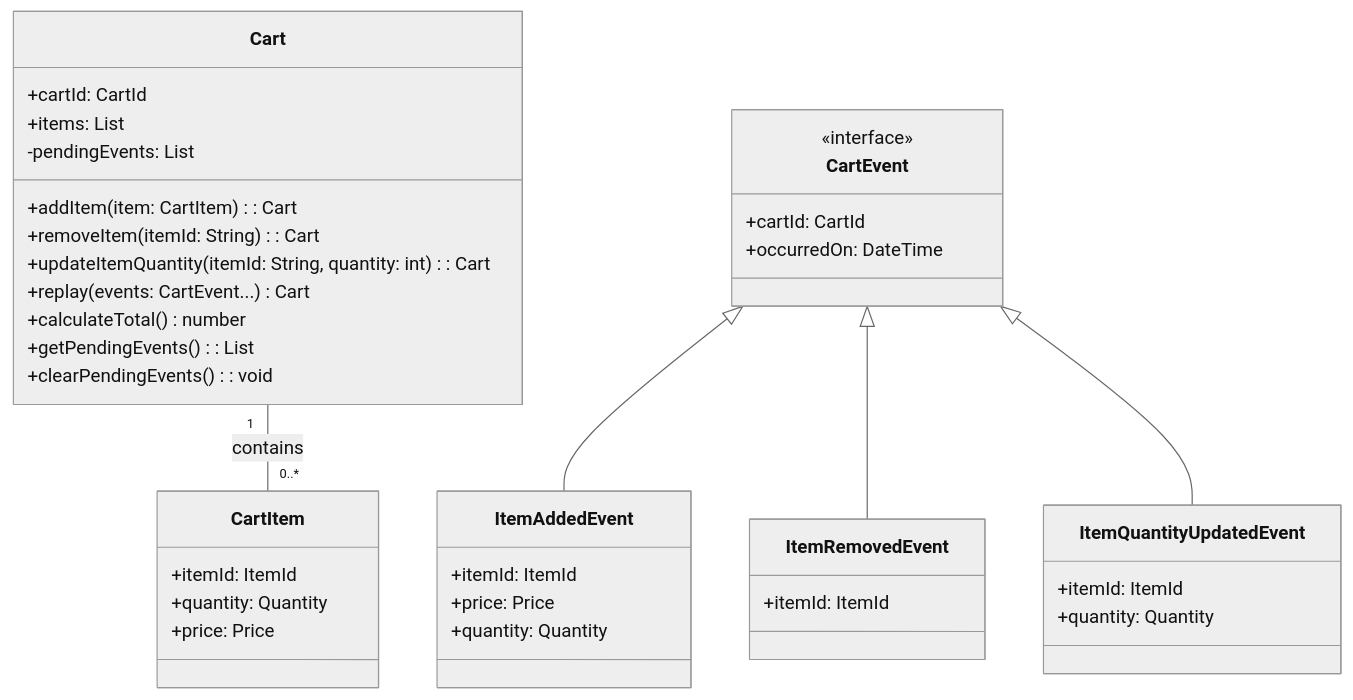
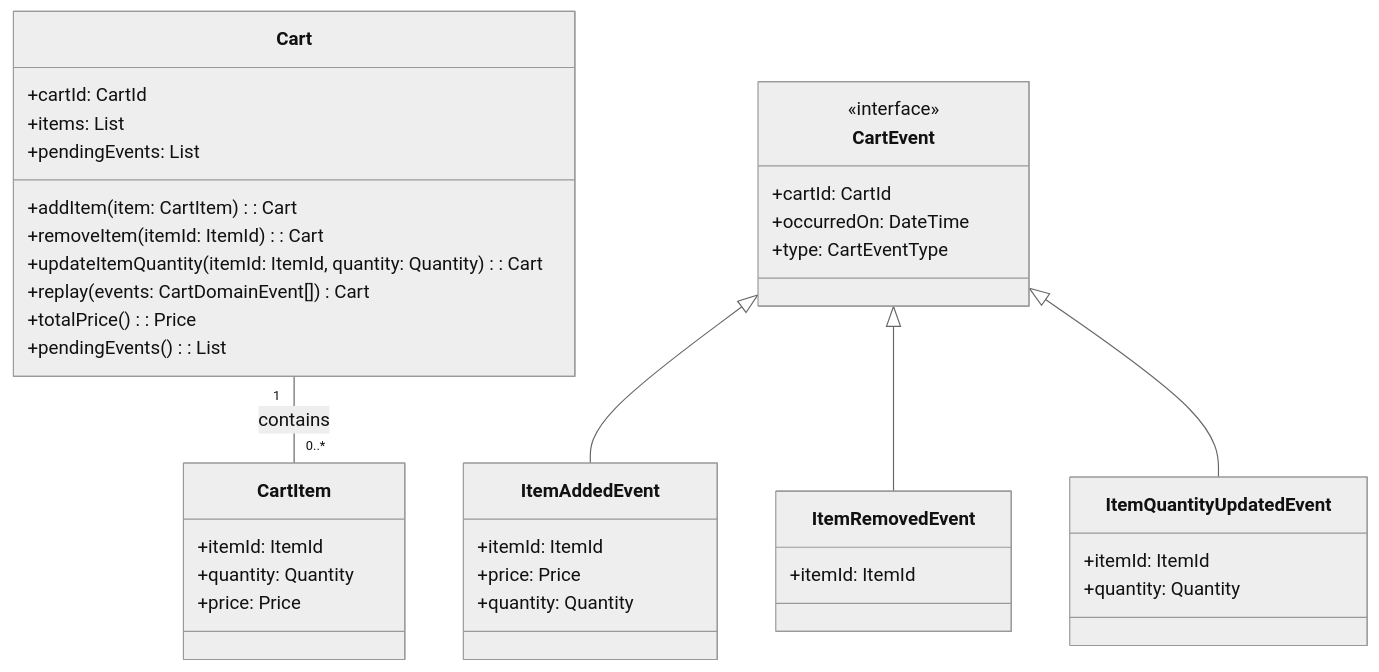
Before and after one commit to george0528/ec-2: the diagram in src/module/cart/README.md, drawn with Mermaid (neutral theme).

Commit message:
CartモジュールのREADME.mdを更新し、クラス図の型とメソッドの表記を修正

````diff
--- a/src/module/cart/README.md
+++ b/src/module/cart/README.md
@@ -4,47 +4,47 @@
 ```mermaid
 classDiagram
   class Cart {
     +cartId: CartId
     +items: List<CartItem>
-    -pendingEvents: List<CartEvent>
+    +pendingEvents: List<CartDomainEvent>
     +addItem(item: CartItem): Cart
-    +removeItem(itemId: String): Cart
-    +updateItemQuantity(itemId: String, quantity: int): Cart
-    +replay(events: CartEvent...) Cart
-    +calculateTotal() number
-    +getPendingEvents(): List<CartEvent>
-    +clearPendingEvents(): void
+    +removeItem(itemId: ItemId): Cart
+    +updateItemQuantity(itemId: ItemId, quantity: Quantity): Cart
+    +replay(events: CartDomainEvent[]) Cart
+    +totalPrice(): Price
+    +pendingEvents(): List<CartDomainEvent>
   }
 
   class CartItem {
     +itemId: ItemId
     +quantity: Quantity
     +price: Price
   }
 
   class CartEvent {
     <<interface>>
     +cartId: CartId
     +occurredOn: DateTime
+    +type: CartEventType
   }
 
   class ItemAddedEvent {
     +itemId: ItemId
     +price: Price
     +quantity: Quantity
   }
 
   class ItemRemovedEvent {
     +itemId: ItemId
   }
 
   class ItemQuantityUpdatedEvent {
     +itemId: ItemId
     +quantity: Quantity
   }
 
   CartEvent <|-- ItemAddedEvent
   CartEvent <|-- ItemRemovedEvent
   CartEvent <|-- ItemQuantityUpdatedEvent
   Cart "1" -- "0..*" CartItem: contains
 ```
````
